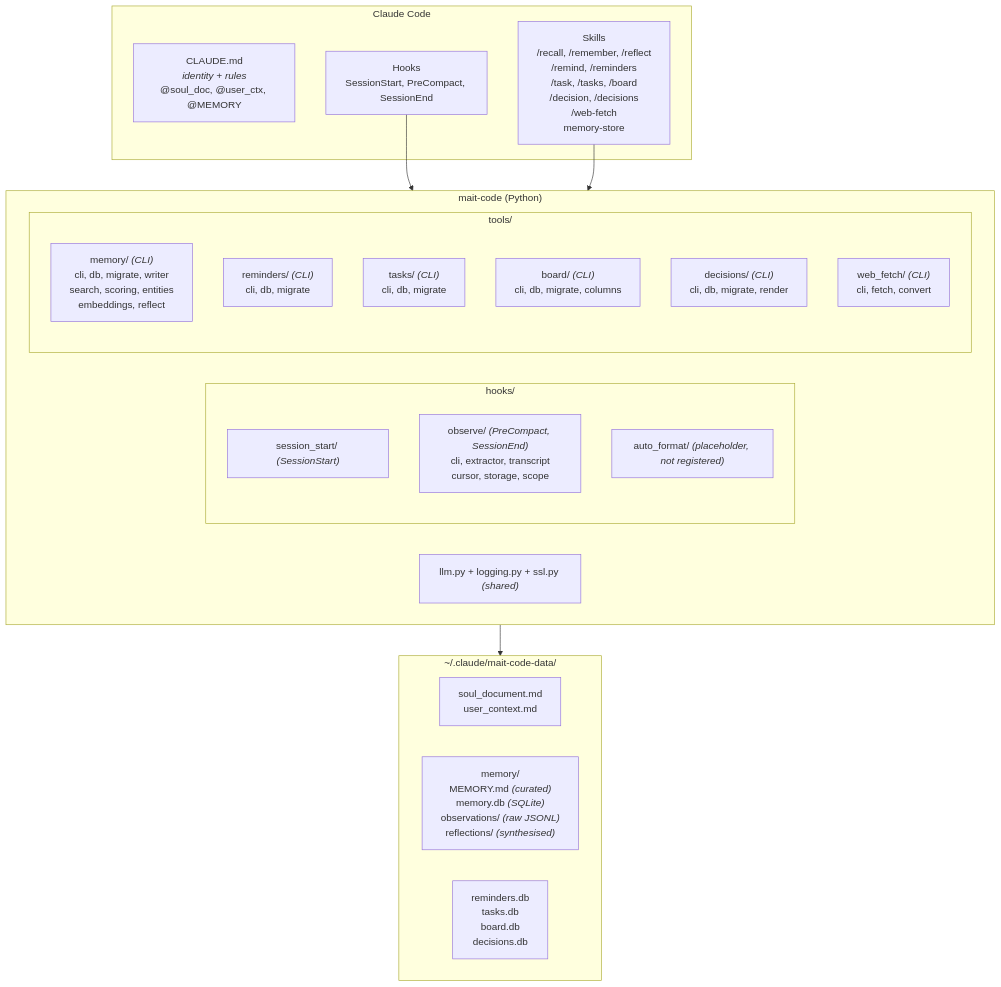
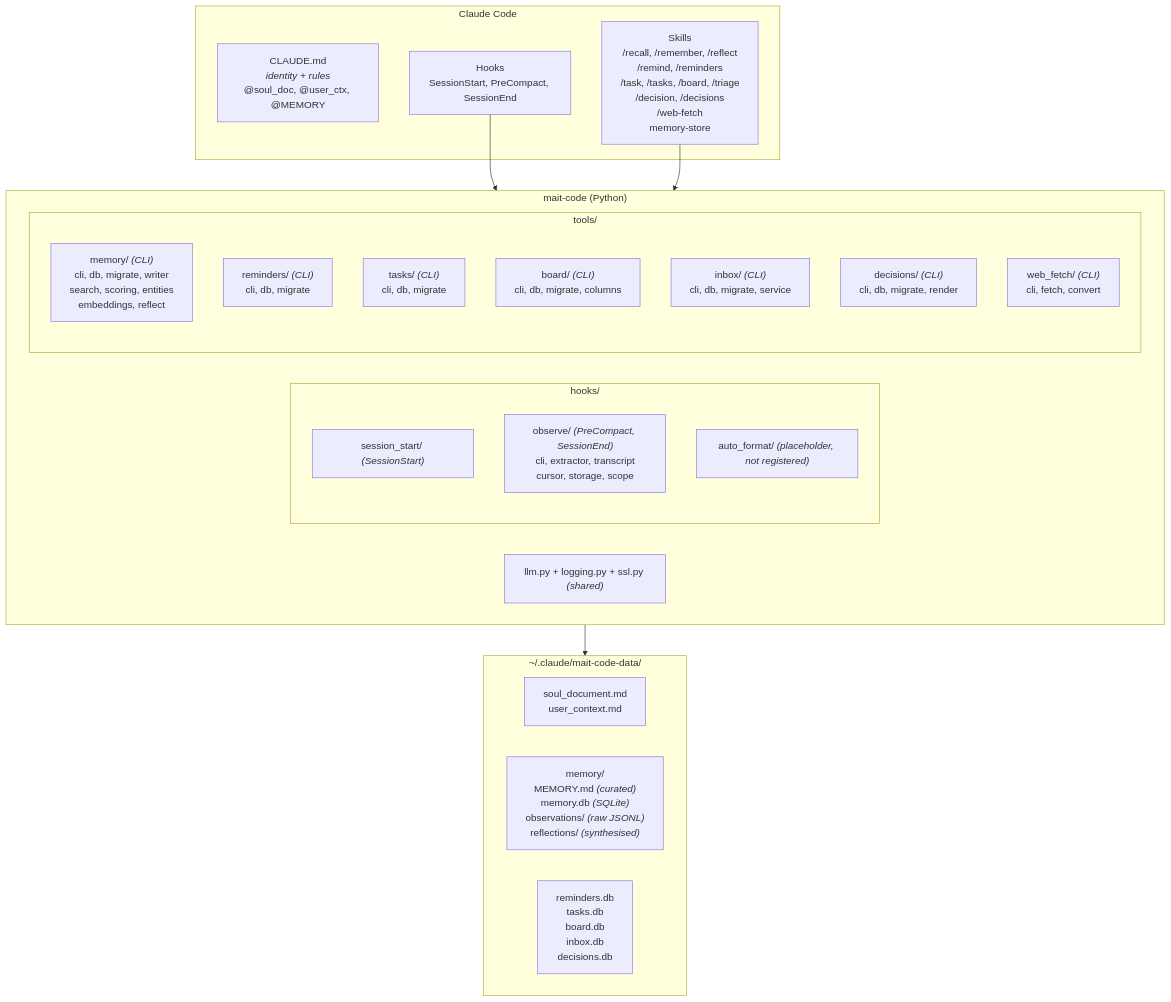
Before and after one commit to wiktordepina/mait-code: the first of 4 diagrams in docs/architecture.md, drawn with Mermaid. The commit also changed other lines of this file and 20 other files, not shown here.

First line of the commit message:
feat(inbox): add quick-capture inbox tool and /triage skill

````diff
--- a/docs/architecture.md
+++ b/docs/architecture.md
@@ -14,35 +14,36 @@
 ```mermaid
 graph TD
     subgraph claude_code ["Claude Code"]
         CLAUDE_MD["CLAUDE.md<br/><i>identity + rules</i><br/>@soul_doc, @user_ctx, @MEMORY"]
         HOOKS["Hooks<br/>SessionStart, PreCompact, SessionEnd"]
-        SKILLS["Skills<br/>/recall, /remember, /reflect<br/>/remind, /reminders<br/>/task, /tasks, /board<br/>/decision, /decisions<br/>/web-fetch<br/>memory-store"]
+        SKILLS["Skills<br/>/recall, /remember, /reflect<br/>/remind, /reminders<br/>/task, /tasks, /board, /triage<br/>/decision, /decisions<br/>/web-fetch<br/>memory-store"]
     end
 
     subgraph mait_code ["mait-code (Python)"]
         subgraph hooks_pkg ["hooks/"]
             session_start["session_start/ <i>(SessionStart)</i>"]
             observe["observe/ <i>(PreCompact, SessionEnd)</i><br/>cli, extractor, transcript<br/>cursor, storage, scope"]
             auto_format["auto_format/ <i>(placeholder, not registered)</i>"]
         end
         subgraph tools_pkg ["tools/"]
             memory_tool["memory/ <i>(CLI)</i><br/>cli, db, migrate, writer<br/>search, scoring, entities<br/>embeddings, reflect"]
             reminders_tool["reminders/ <i>(CLI)</i><br/>cli, db, migrate"]
             tasks_tool["tasks/ <i>(CLI)</i><br/>cli, db, migrate"]
             board_tool["board/ <i>(CLI)</i><br/>cli, db, migrate, columns"]
+            inbox_tool["inbox/ <i>(CLI)</i><br/>cli, db, migrate, service"]
             decisions_tool["decisions/ <i>(CLI)</i><br/>cli, db, migrate, render"]
             web_fetch_tool["web_fetch/ <i>(CLI)</i><br/>cli, fetch, convert"]
         end
         shared["llm.py + logging.py + ssl.py <i>(shared)</i>"]
     end
 
     subgraph data_dir ["~/.claude/mait-code-data/"]
         identity["soul_document.md<br/>user_context.md"]
         memory_store["memory/<br/>MEMORY.md <i>(curated)</i><br/>memory.db <i>(SQLite)</i><br/>observations/ <i>(raw JSONL)</i><br/>reflections/ <i>(synthesised)</i>"]
-        other_dbs["reminders.db<br/>tasks.db<br/>board.db<br/>decisions.db"]
+        other_dbs["reminders.db<br/>tasks.db<br/>board.db<br/>inbox.db<br/>decisions.db"]
     end
 
     HOOKS --> mait_code
     SKILLS --> mait_code
     mait_code --> data_dir
 ```
````
